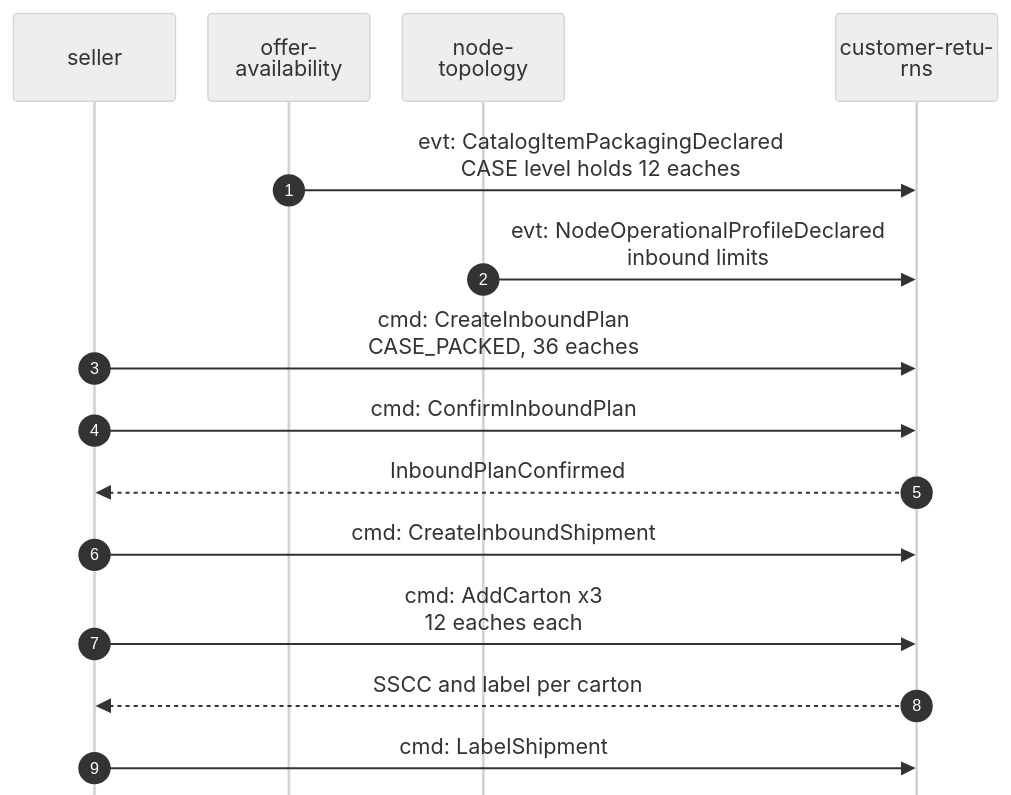
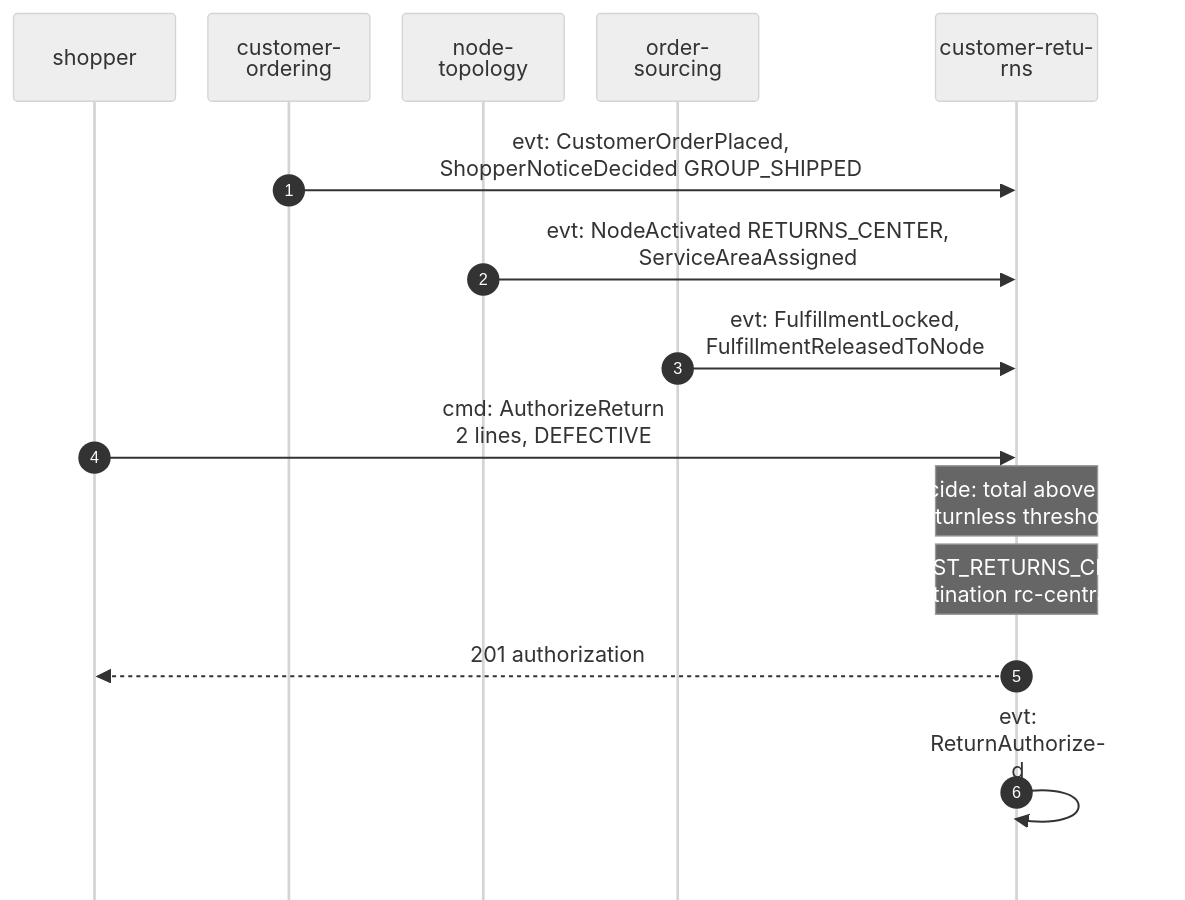
Before and after one commit to IQVO/customer-returns: the first of 4 diagrams in docs/docs/ddd/domain-message-flow.md, drawn with Mermaid (neutral theme). The commit also changed other lines of this file and 13 other files, not shown here.

````diff
--- a/docs/docs/ddd/domain-message-flow.md
+++ b/docs/docs/ddd/domain-message-flow.md
@@ -21,18 +21,18 @@
 ```mermaid
 %%{init: {"sequence": {"wrap": true, "width": 120, "actorMargin": 24, "messageMargin": 28, "boxMargin": 6, "noteMargin": 6, "mirrorActors": false}}}%%
 sequenceDiagram
     autonumber
-    participant S as seller
-    participant OA as offer-<br/>availability
+    participant S as shopper
+    participant CO as customer-<br/>ordering
     participant NT as node-<br/>topology
-    participant SI as customer-returns
-    OA->>SI: evt: CatalogItemPackagingDeclared<br/>CASE level holds 12 eaches
-    NT->>SI: evt: NodeOperationalProfileDeclared<br/>inbound limits
-    S->>SI: cmd: CreateInboundPlan<br/>CASE_PACKED, 36 eaches
-    S->>SI: cmd: ConfirmInboundPlan
-    SI-->>S: InboundPlanConfirmed
-    S->>SI: cmd: CreateInboundShipment
-    S->>SI: cmd: AddCarton x3<br/>12 eaches each
-    SI-->>S: SSCC and label per carton
-    S->>SI: cmd: LabelShipment
+    participant OS as order-<br/>sourcing
+    participant CR as customer-returns
+    CO->>CR: evt: CustomerOrderPlaced,<br/>ShopperNoticeDecided GROUP_SHIPPED
+    NT->>CR: evt: NodeActivated RETURNS_CENTER,<br/>ServiceAreaAssigned
+    OS->>CR: evt: FulfillmentLocked,<br/>FulfillmentReleasedToNode
+    S->>CR: cmd: AuthorizeReturn<br/>2 lines, DEFECTIVE
+    Note over CR: Decide: total above the<br/>returnless threshold
+    Note over CR: NEAREST_RETURNS_CENTER,<br/>destination rc-central-4
+    CR-->>S: 201 authorization
+    CR->>CR: evt: ReturnAuthorized
 ```
````
